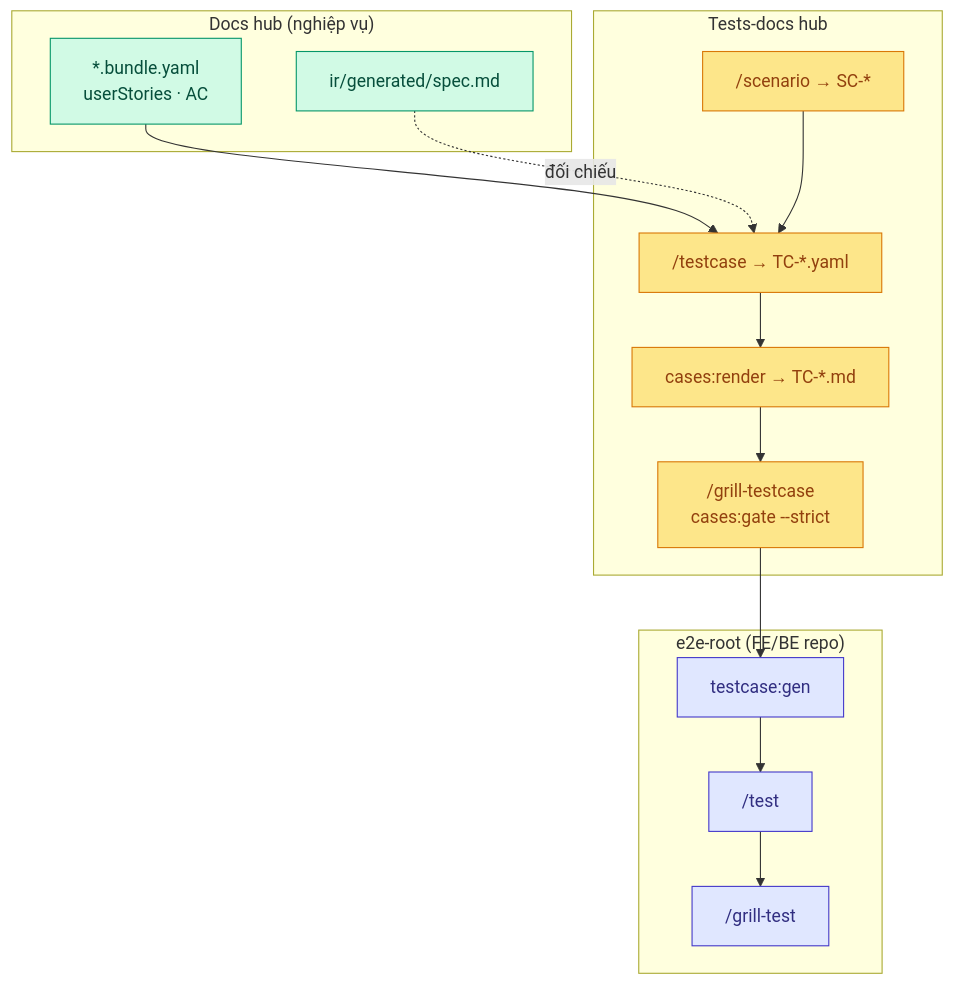
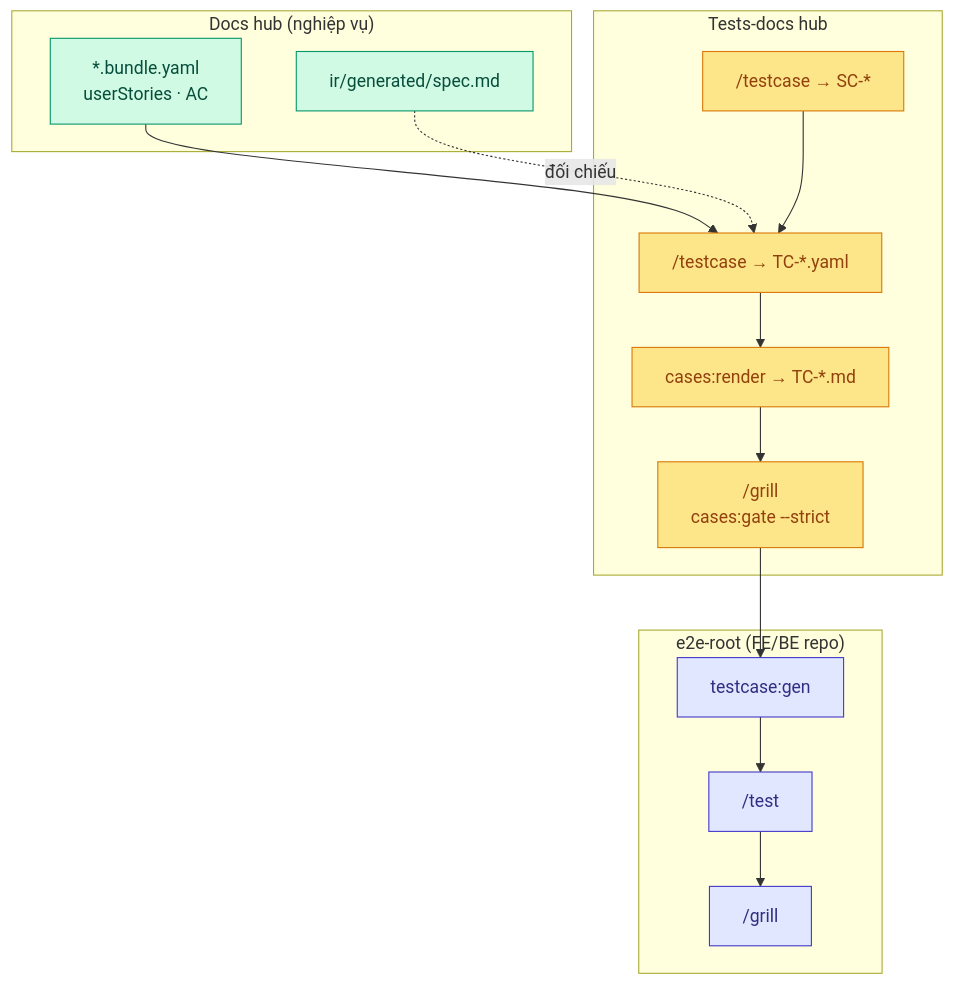
Before and after one commit to ShanYuCoder/Doc-CoSquad: the first of 5 diagrams in vi/workflows/test.md, drawn with Mermaid. The commit also changed other lines of this file and 302 other files, not shown here.

````diff
--- a/vi/workflows/test.md
+++ b/vi/workflows/test.md
@@ -13,34 +13,34 @@
 ```mermaid
 flowchart TD
   subgraph DOCS["Docs hub (nghiệp vụ)"]
     B["*.bundle.yaml\nuserStories · AC"]
     VP["ir/generated/spec.md"]
   end
 
   subgraph HUB["Tests-docs hub"]
-    SC["/scenario → SC-*"]
+    SC["/testcase → SC-*"]
     TC["/testcase → TC-*.yaml"]
     REN["cases:render → TC-*.md"]
-    GTG["/grill-testcase\ncases:gate --strict"]
+    GTG["/grill\ncases:gate --strict"]
   end
 
   subgraph E2E["e2e-root (FE/BE repo)"]
     GEN["testcase:gen"]
     T["/test"]
-    GT["/grill-test"]
+    GT["/grill"]
   end
 
   B --> TC
   VP -.->|đối chiếu| TC
   SC --> TC
   TC --> REN --> GTG
   GTG --> GEN --> T --> GT
 
   classDef docs fill:#D1FAE5,stroke:#059669,color:#064E3B
   classDef hub fill:#FDE68A,stroke:#D97706,color:#92400E
   classDef e2e fill:#E0E7FF,stroke:#4338CA,color:#312E81
 
   class B,VP docs
   class SC,TC,REN,GTG hub
   class GEN,T,GT e2e
 ```
````
